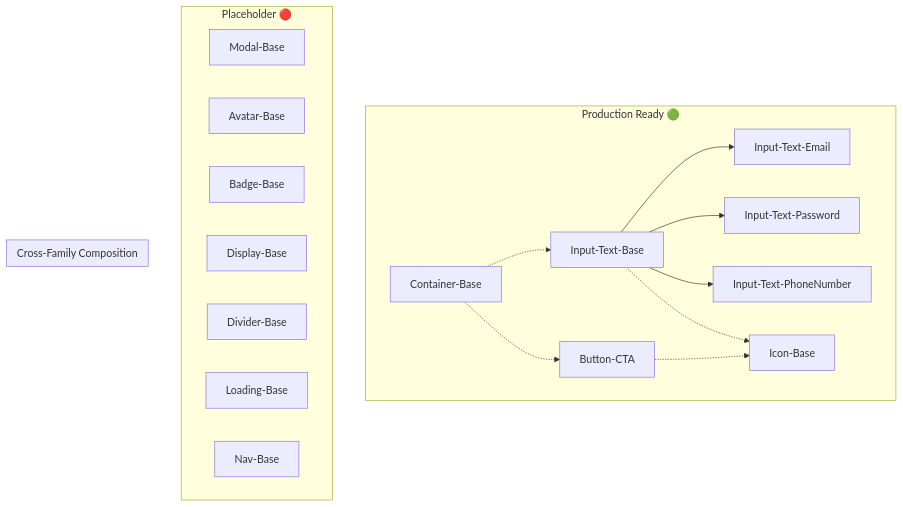
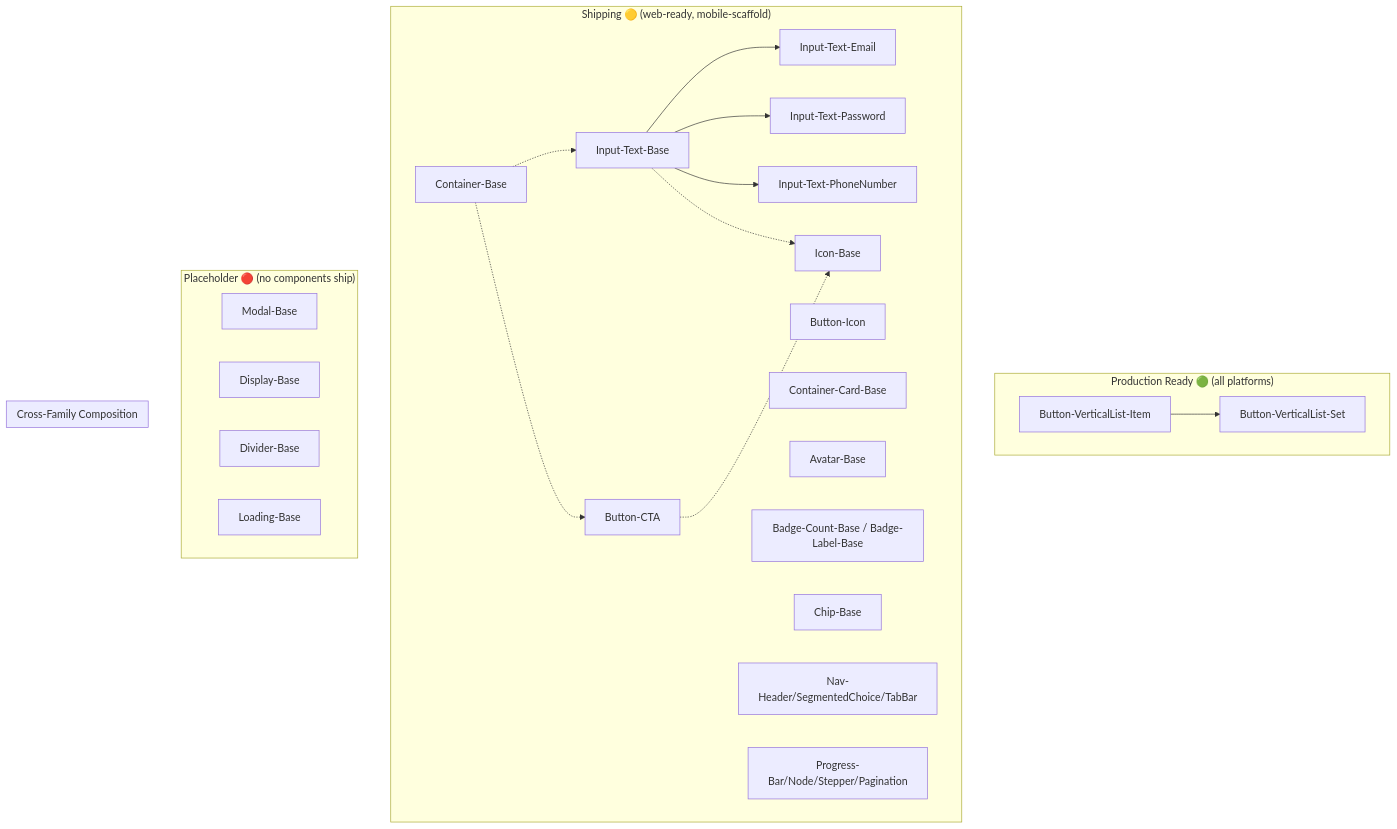
The diagram in governance/Component-Inheritance-Structures.md (3fn/DesignerPunk), drawn with Mermaid before and after one commit. The commit also changed other lines of this file and 1 other file, not shown here.

````diff
--- a/governance/Component-Inheritance-Structures.md
+++ b/governance/Component-Inheritance-Structures.md
@@ -633,33 +740,43 @@
 ```mermaid
 graph TB
-    subgraph "Production Ready 🟢"
+    subgraph "Production Ready 🟢 (all platforms)"
+        BVLI[Button-VerticalList-Item]
+        BVLS[Button-VerticalList-Set]
+        BVLI --> BVLS
+    end
+
+    subgraph "Shipping 🟡 (web-ready, mobile-scaffold)"
         ITB[Input-Text-Base]
         ITE[Input-Text-Email]
         ITP[Input-Text-Password]
         ITPN[Input-Text-PhoneNumber]
         BC[Button-CTA]
+        BI[Button-Icon]
         CB[Container-Base]
+        CCB[Container-Card-Base]
         IB[Icon-Base]
-        
+        AVB[Avatar-Base]
+        BADGE[Badge-Count-Base / Badge-Label-Base]
+        CHIP[Chip-Base]
+        NAV[Nav-Header/SegmentedChoice/TabBar]
+        PROG[Progress-Bar/Node/Stepper/Pagination]
+
         ITB --> ITE
         ITB --> ITP
         ITB --> ITPN
     end
-    
-    subgraph "Placeholder 🔴"
+
+    subgraph "Placeholder 🔴 (no components ship)"
         MB[Modal-Base]
-        AB[Avatar-Base]
-        BB[Badge-Base]
         DB[Display-Base]
         DVB[Divider-Base]
         LB[Loading-Base]
-        NB[Nav-Base]
     end
     
     subgraph "Cross-Family Composition"
         CB -.-> ITB
         CB -.-> BC
         BC -.-> IB
         ITB -.-> IB
     end
 ```
````
